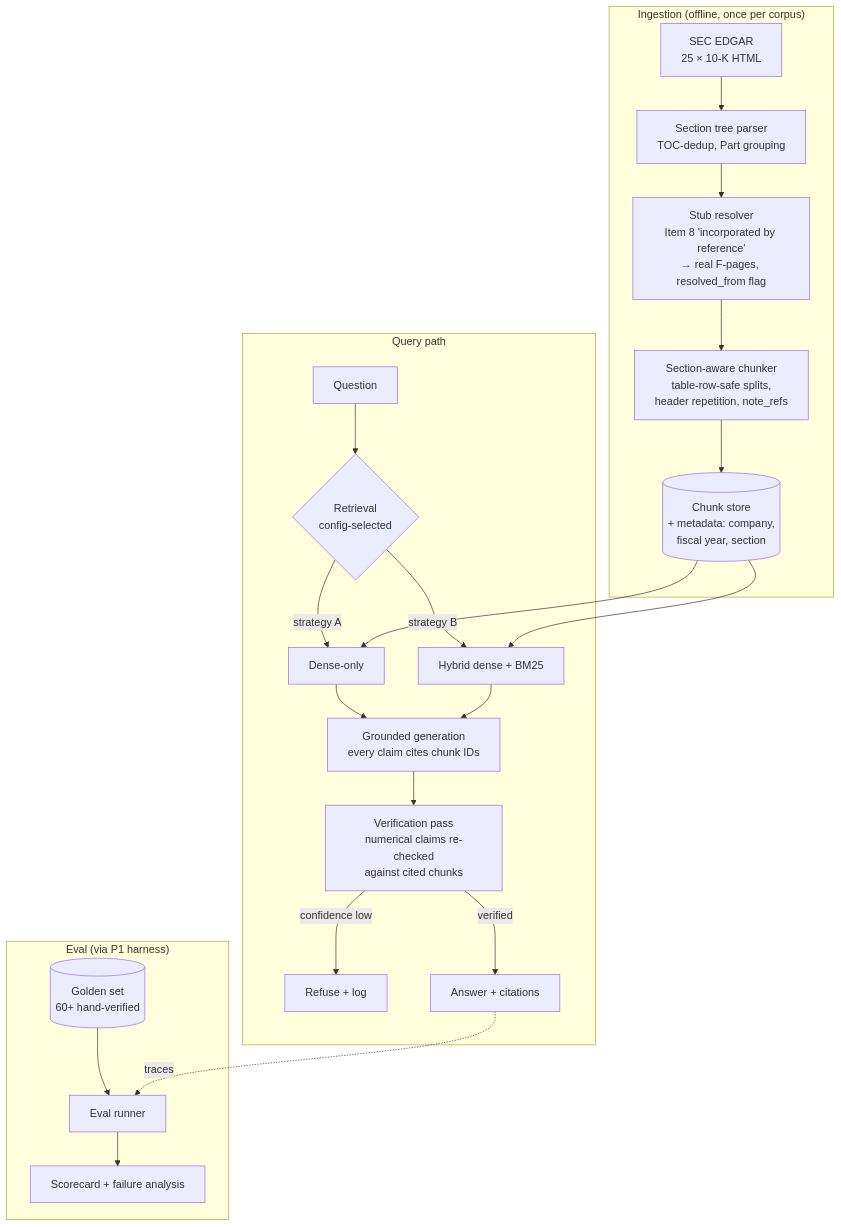
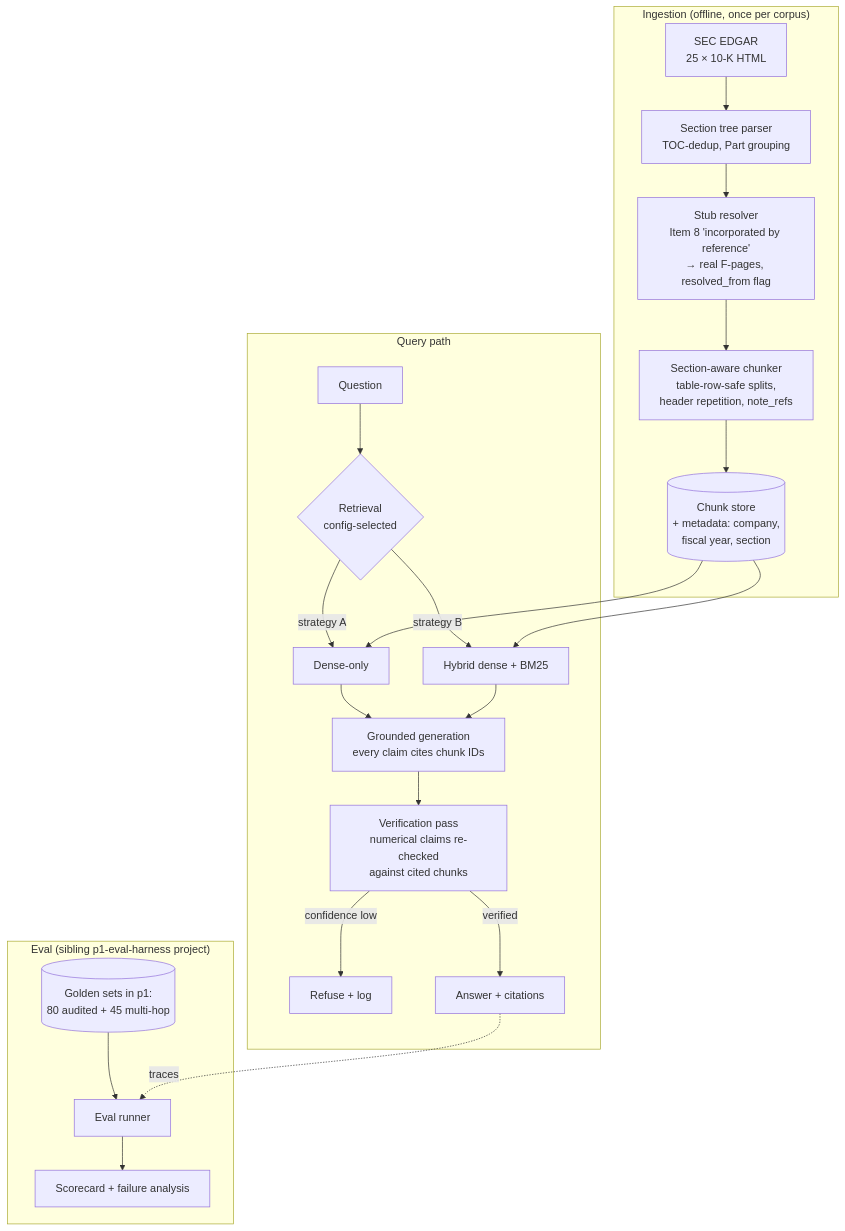
One commit to Ven-Z8/FreeLance-Potfolio changed the diagram in p3-rag-filings/ARCHITECTURE.md. Above: the diagram before and after it, drawn with Mermaid. The commit also changed 16 other files, not shown here.

First line of the commit message:
refactor(p3): pure RAG — eval wiring removed, docs point at p1-eval-harness

````diff
--- a/p3-rag-filings/ARCHITECTURE.md
+++ b/p3-rag-filings/ARCHITECTURE.md
@@ -3,26 +3,26 @@
 ```mermaid
 flowchart TD
     subgraph Ingestion["Ingestion (offline, once per corpus)"]
         A[SEC EDGAR<br/>25 × 10-K HTML] --> B[Section tree parser<br/>TOC-dedup, Part grouping]
         B --> C[Stub resolver<br/>Item 8 'incorporated by reference'<br/>→ real F-pages, resolved_from flag]
         C --> D[Section-aware chunker<br/>table-row-safe splits,<br/>header repetition, note_refs]
         D --> E[(Chunk store<br/>+ metadata: company,<br/>fiscal year, section)]
     end
 
     subgraph Query["Query path"]
         Q[Question] --> R{Retrieval<br/>config-selected}
         R -->|strategy A| R1[Dense-only]
         R -->|strategy B| R2[Hybrid dense + BM25]
         E --> R1 & R2
         R1 & R2 --> G[Grounded generation<br/>every claim cites chunk IDs]
         G --> V[Verification pass<br/>numerical claims re-checked<br/>against cited chunks]
         V -->|confidence low| REF[Refuse + log]
         V -->|verified| ANS[Answer + citations]
     end
 
-    subgraph Eval["Eval (via P1 harness)"]
-        GS[(Golden set<br/>60+ hand-verified)] --> EV[Eval runner]
+    subgraph Eval["Eval (sibling p1-eval-harness project)"]
+        GS[(Golden sets in p1:<br/>80 audited + 45 multi-hop)] --> EV[Eval runner]
         ANS -.traces.-> EV
         EV --> SC[Scorecard + failure analysis]
     end
 ```
````
